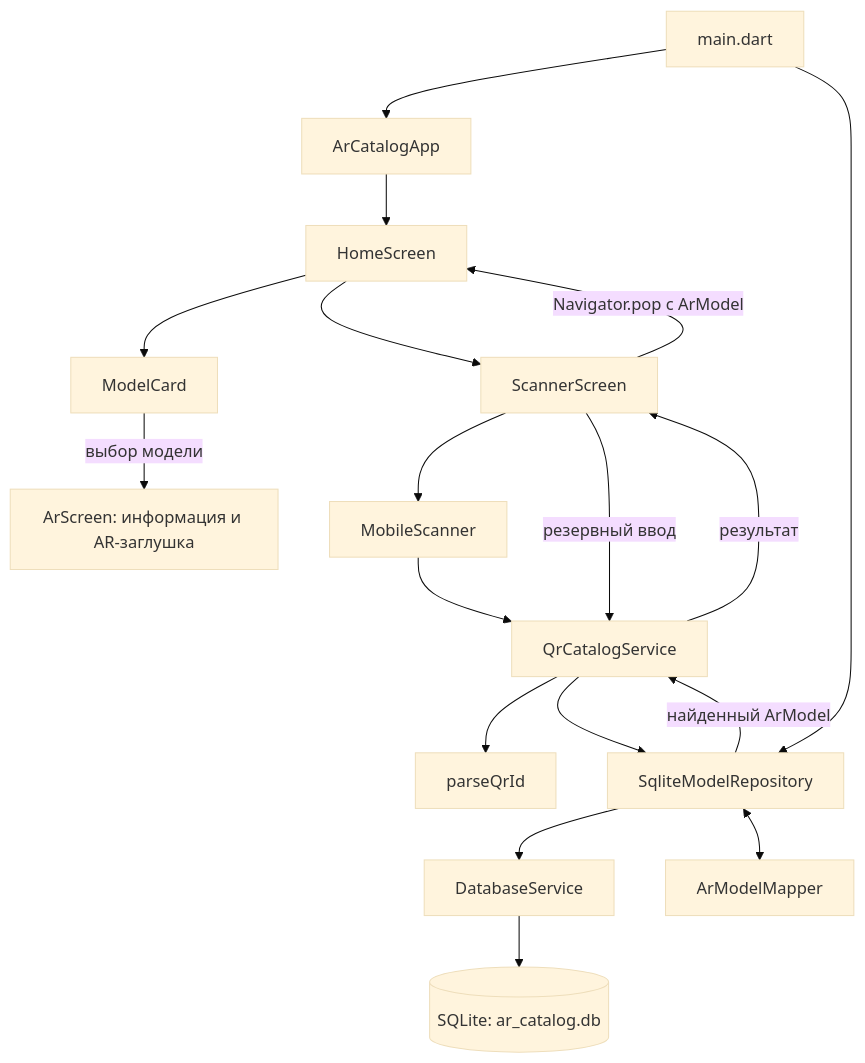
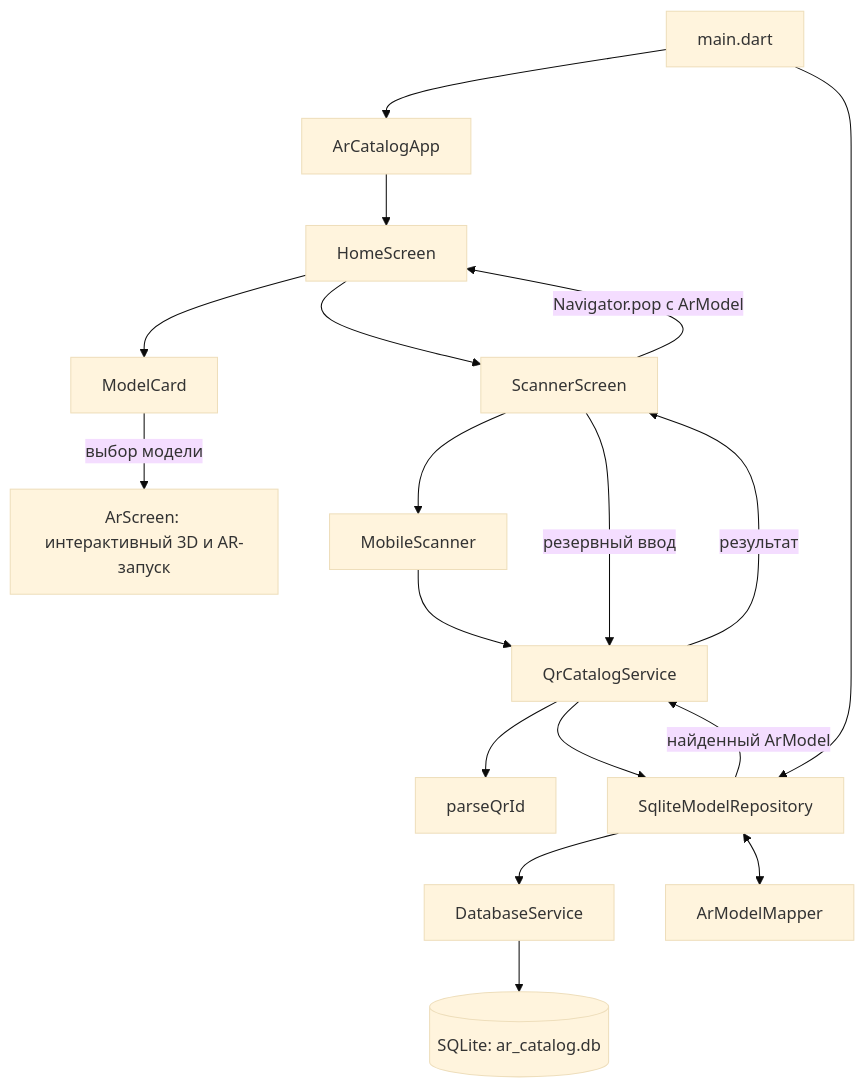
The fifth of 5 diagrams in README.md (Dimasyaaa/ar-model-viewer_DART-FLUTTER), drawn with Mermaid (base theme) before and after one commit. The commit also changed other lines of this file, not shown here.

````diff
--- a/README.md
+++ b/README.md
@@ -895,20 +940,20 @@
 ```mermaid
 flowchart TD
     M[main.dart] --> APP[ArCatalogApp]
     APP --> H[HomeScreen]
     M --> R[SqliteModelRepository]
     R --> DS[DatabaseService]
     DS --> DB[(SQLite: ar_catalog.db)]
     R <--> MAP[ArModelMapper]
     H --> CARD[ModelCard]
-    CARD -->|выбор модели| AR[ArScreen: информация и AR-заглушка]
+    CARD -->|выбор модели| AR[ArScreen: интерактивный 3D и AR-запуск]
     H --> SC[ScannerScreen]
     SC --> CAM[MobileScanner]
     CAM --> Q[QrCatalogService]
     SC -->|резервный ввод| Q
     Q --> PARSE[parseQrId]
     Q --> R
     R -->|найденный ArModel| Q
     Q -->|результат| SC
     SC -->|Navigator.pop с ArModel| H
 ```
````
